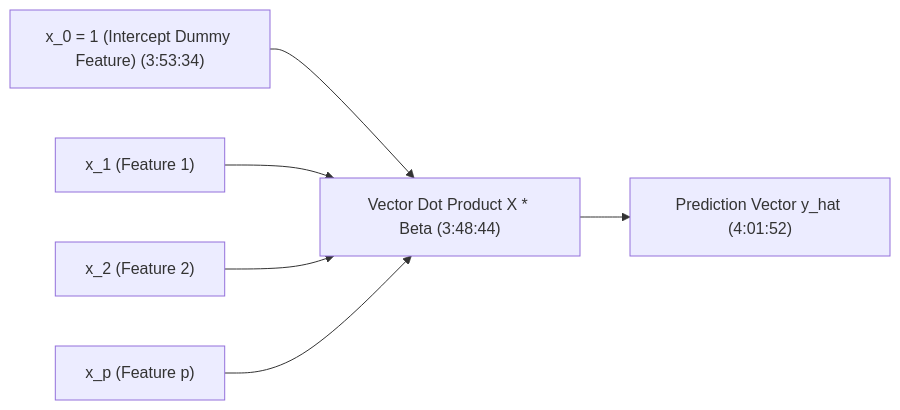
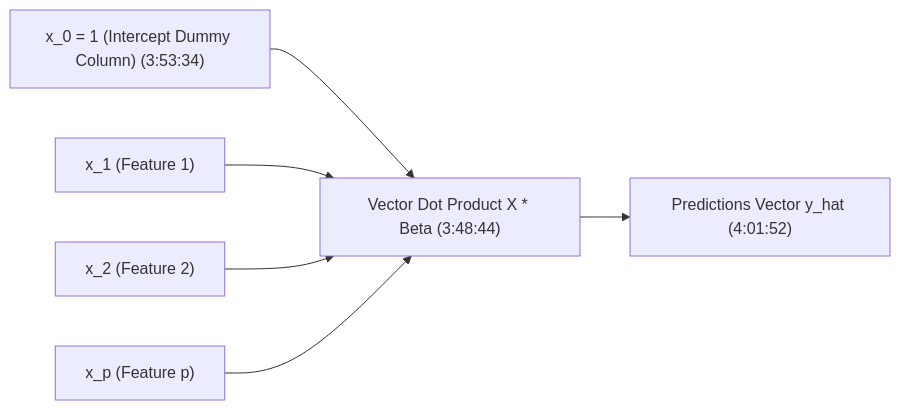
The first of 2 diagrams in 01_RAW/PROCESS/learn-core-machine-learning-part-08.md (xrcodexcode/xr_node), drawn with Mermaid before and after one commit. The commit also changed other lines of this file and 15 other files, not shown here.

````diff
--- a/01_RAW/PROCESS/learn-core-machine-learning-part-08.md
+++ b/01_RAW/PROCESS/learn-core-machine-learning-part-08.md
@@ -51,8 +51,8 @@
 ```mermaid
 flowchart LR
-    X0["x_0 = 1 (Intercept Dummy Feature) (3:53:34)"] --> Dot["Vector Dot Product X * Beta (3:48:44)"]
+    X0["x_0 = 1 (Intercept Dummy Column) (3:53:34)"] --> Dot["Vector Dot Product X * Beta (3:48:44)"]
     X1["x_1 (Feature 1)"] --> Dot
     X2["x_2 (Feature 2)"] --> Dot
     Xp["x_p (Feature p)"] --> Dot
-    Dot --> YHat["Prediction Vector y_hat (4:01:52)"]
+    Dot --> YHat["Predictions Vector y_hat (4:01:52)"]
 ```
````
